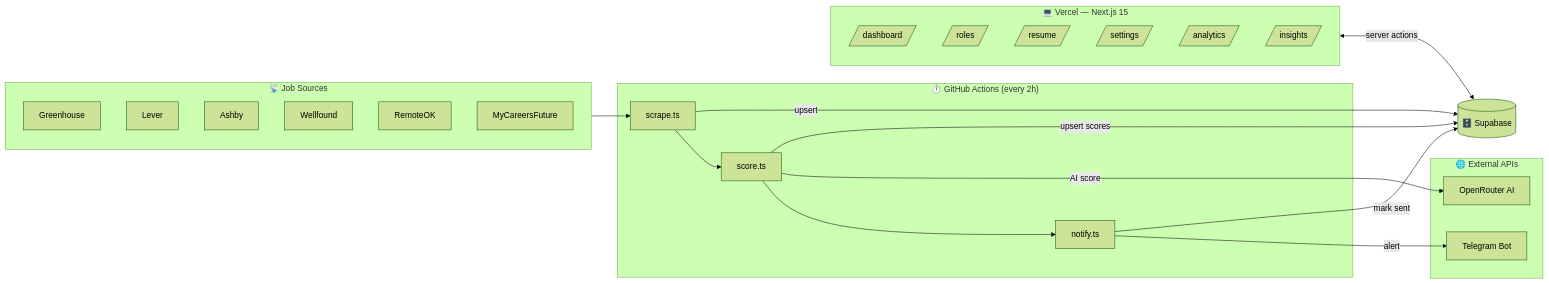
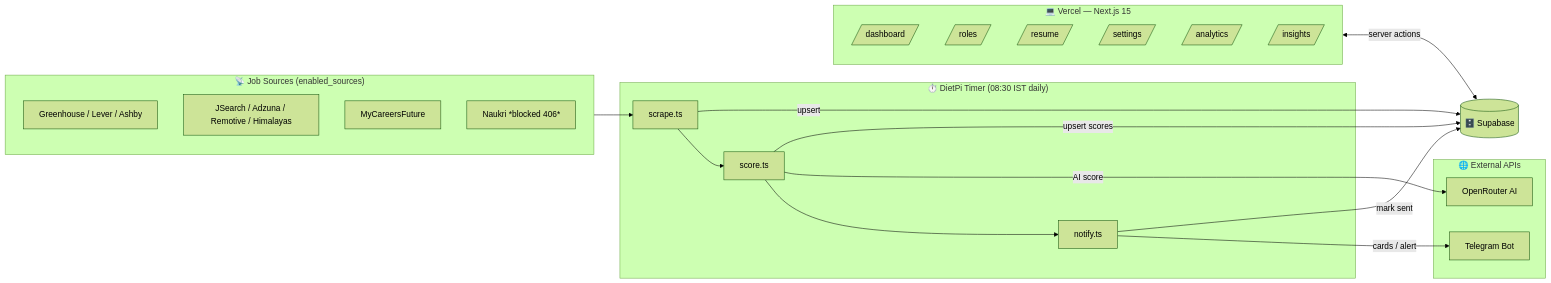
One commit to sahidhh/job-scraper changed the diagram in README.md. Above: the diagram before and after it, drawn with Mermaid (forest theme). The commit also changed other lines of this file and 7 other files, not shown here.

Commit message:
docs: record DietPi deployment, OpenRouter model benchmark, and Naukri 406 findings

````diff
--- a/README.md
+++ b/README.md
@@ -23,38 +23,36 @@
 ```mermaid
 flowchart LR
-    subgraph cron ["⏱️ GitHub Actions (every 2h)"]
+    subgraph cron ["⏱️ DietPi Timer (08:30 IST daily)"]
         S1[scrape.ts] --> S2[score.ts] --> S3[notify.ts]
     end
 
-    subgraph sources ["📡 Job Sources"]
-        GH[Greenhouse]
-        LV[Lever]
-        AS[Ashby]
-        WF[Wellfound]
-        RO[RemoteOK]
+    subgraph sources ["📡 Job Sources (enabled_sources)"]
+        ATS[Greenhouse / Lever / Ashby]
+        AG[JSearch / Adzuna / Remotive / Himalayas]
         MC[MyCareersFuture]
+        NK[Naukri *blocked 406*]
     end
 
     subgraph ext ["🌐 External APIs"]
         OR[OpenRouter AI]
         TG[Telegram Bot]
     end
 
     sources --> S1
     S1 -->|upsert| DB[(🗄️ Supabase)]
     S2 -->|AI score| OR
     S2 -->|upsert scores| DB
-    S3 -->|alert| TG
+    S3 -->|cards / alert| TG
     S3 -->|mark sent| DB
 
     subgraph web ["💻 Vercel — Next.js 15"]
         D[/dashboard/]
         R[/roles/]
         RS[/resume/]
         ST[/settings/]
         AN[/analytics/]
         IN[/insights/]
     end
 
     web <-->|server actions| DB
 ```
````
